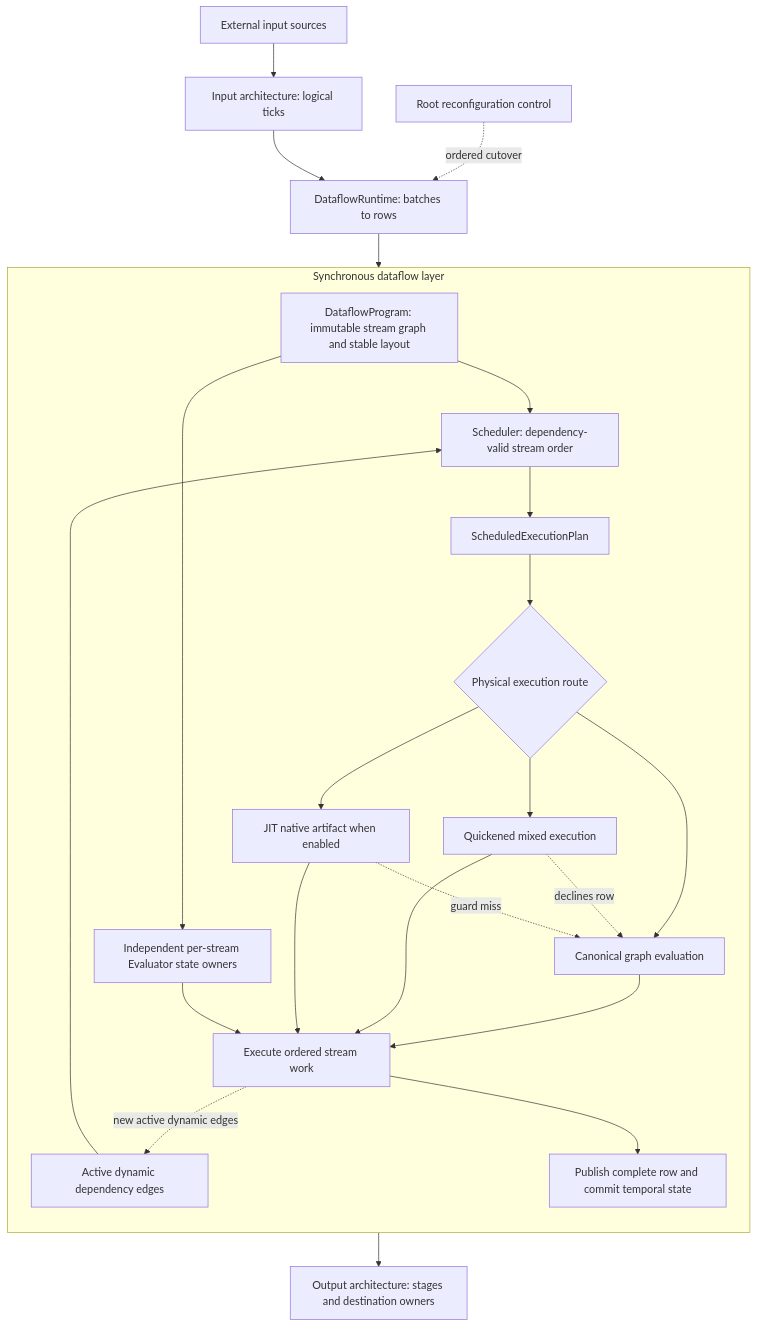
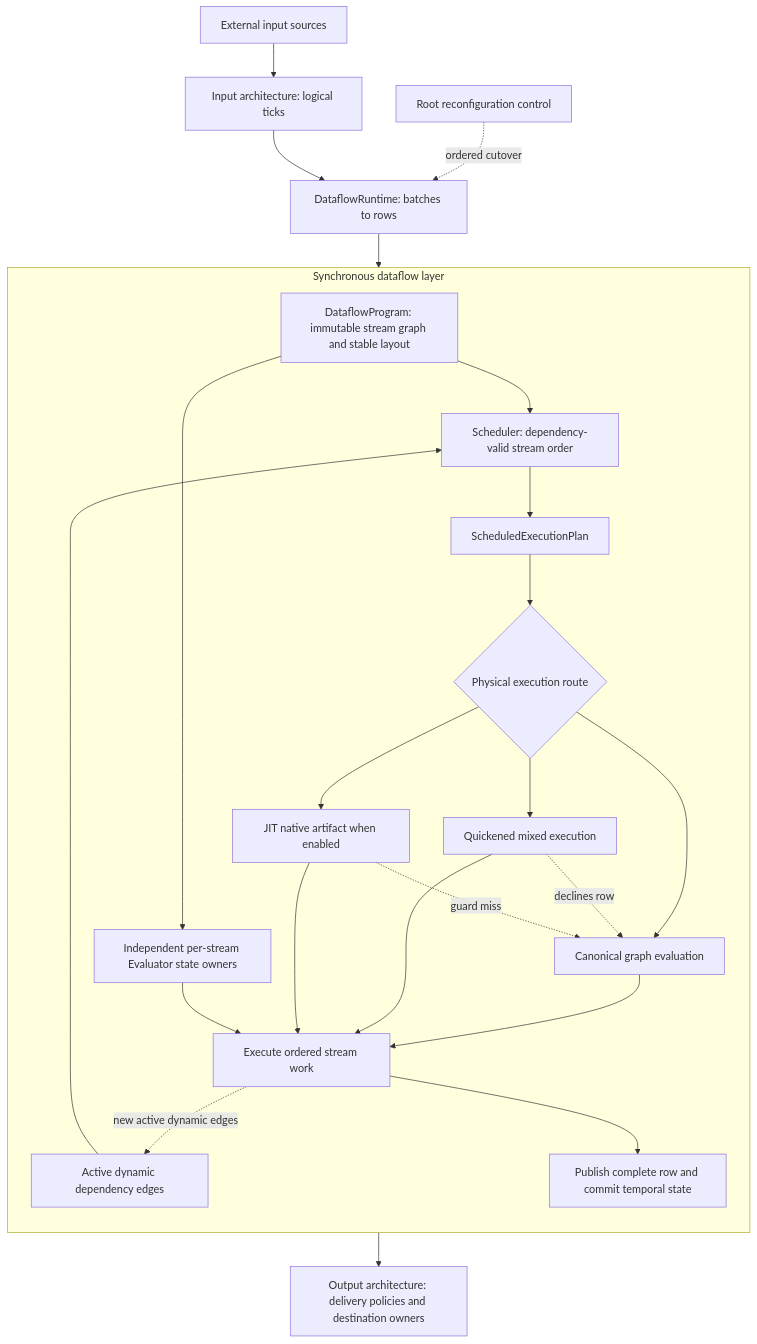
One commit to INTO-CPS-Association/robosapiens-trustworthiness-checker changed the second of 2 diagrams in docs/src/architecture/dataflow/index.md. Above: the diagram before and after it, drawn with Mermaid. The commit also changed other lines of this file and 109 other files, not shown here.

````diff
--- a/docs/src/architecture/dataflow/index.md
+++ b/docs/src/architecture/dataflow/index.md
@@ -41,43 +41,43 @@
 ```mermaid
 flowchart TB
     accTitle: Dataflow graph, scheduling, evaluator ownership, and acceleration tiers
     accDescr: Input architecture supplies logical ticks to DataflowRuntime, which presents rows to the synchronous layer. DataflowProgram defines the immutable stream graph and stable layout. Scheduler combines fixed and active dynamic dependencies into a ScheduledExecutionPlan. Canonical, quickened, and feature-gated JIT routes execute against stable independent evaluator state, converge on one row publication and temporal commit, and pass complete rows to output architecture. A quickened region declines a row before executing it; a native artifact can miss a guard mid-tick. Both hand the work to canonical execution.
 
     sources["External input sources"] --> input["Input architecture: logical ticks"]
     input --> runtime["DataflowRuntime: batches to rows"]
 
     subgraph layer["Synchronous dataflow layer"]
         direction TB
         program["DataflowProgram: immutable stream graph and stable layout"]
         active["Active dynamic dependency edges"]
         scheduler["Scheduler: dependency-valid stream order"]
         plan["ScheduledExecutionPlan"]
         route{"Physical execution route"}
         canonical["Canonical graph evaluation"]
         quick["Quickened mixed execution"]
         jit["JIT native artifact when enabled"]
         owners["Independent per-stream Evaluator state owners"]
         execute["Execute ordered stream work"]
         commit["Publish complete row and commit temporal state"]
 
         program --> scheduler
         program --> owners
         active --> scheduler
         scheduler --> plan --> route
         route --> canonical
         route --> quick
         route --> jit
         canonical --> execute
         quick --> execute
         jit --> execute
         owners --> execute
         execute --> commit
         execute -. "new active dynamic edges" .-> active
         quick -. "declines row" .-> canonical
         jit -. "guard miss" .-> canonical
     end
 
     runtime --> execute
-    commit --> output["Output architecture: stages and destination owners"]
+    commit --> output["Output architecture: delivery policies and destination owners"]
     control["Root reconfiguration control"] -. "ordered cutover" .-> runtime
 ```
````
